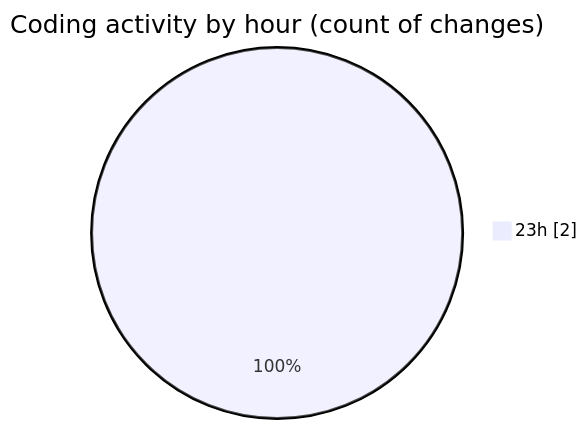
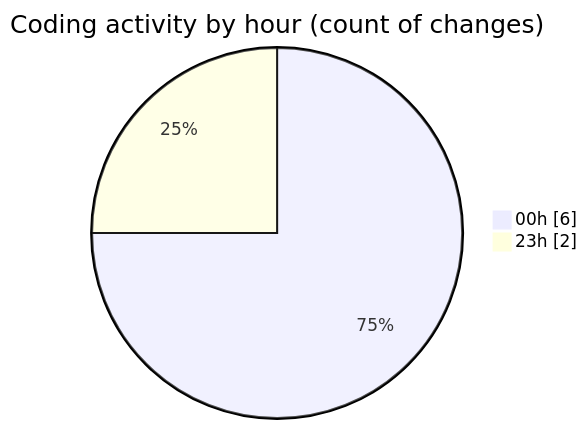
Before and after one commit to Unknowalive/code-tracking: the second of 2 diagrams in 2026-04-08/t2s/README.md, drawn with Mermaid. The commit also changed other lines of this file and 1 other file, not shown here.

````diff
--- a/2026-04-08/t2s/README.md
+++ b/2026-04-08/t2s/README.md
@@ -28,5 +31,6 @@
 ```mermaid
 pie showData
 title Coding activity by hour (count of changes)
+"00h" : 6
 "23h" : 2
 ```
````
